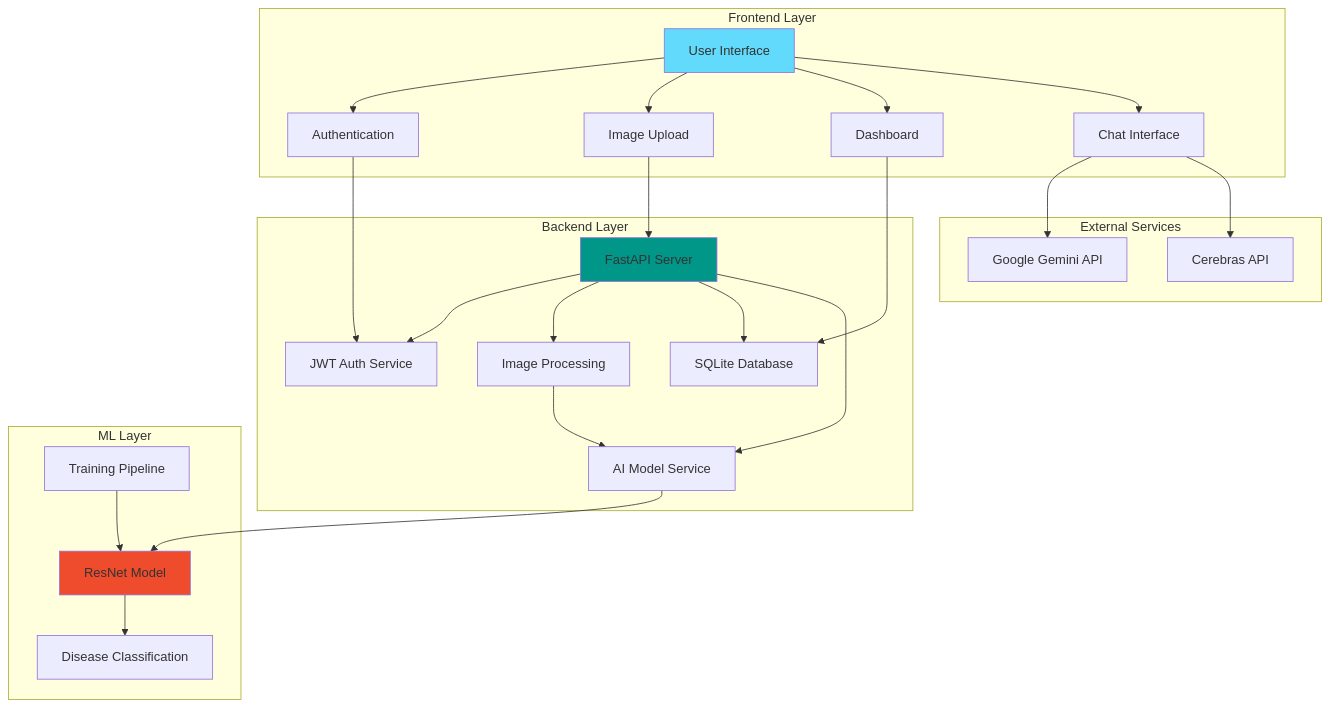
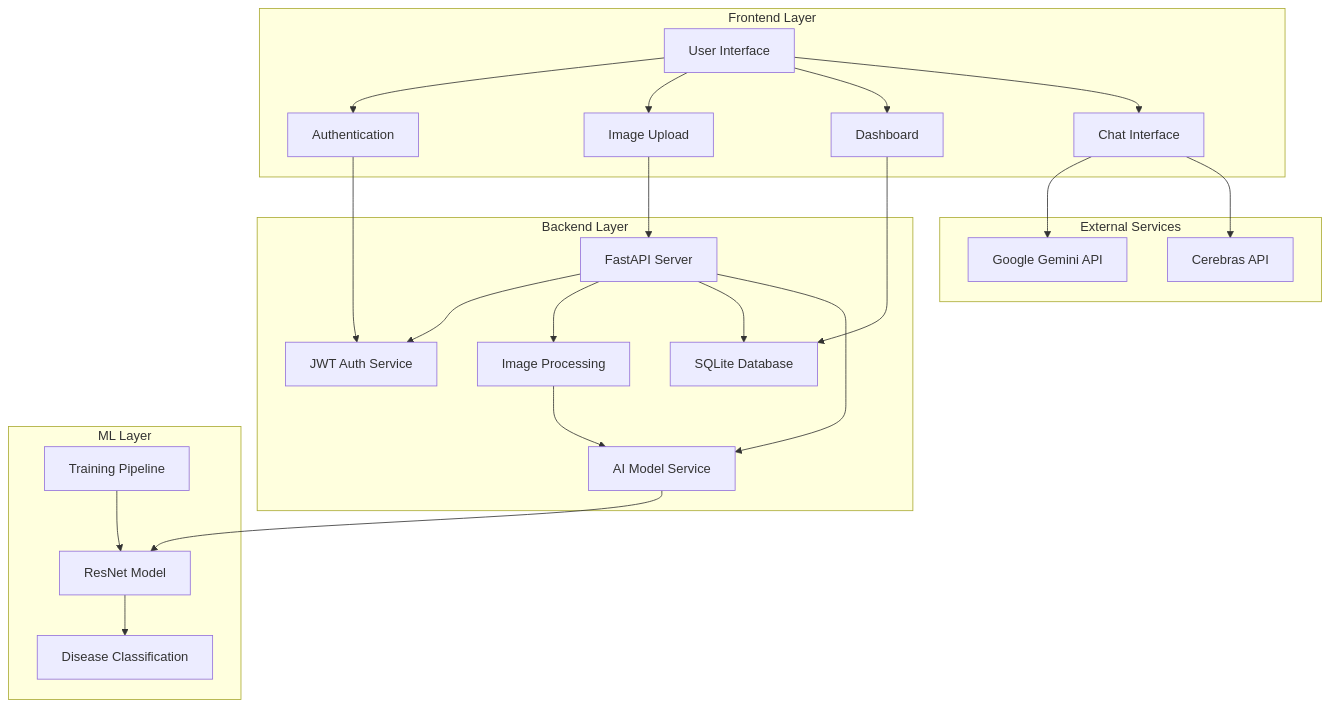
The first of 4 diagrams in README.md (chandu1234678/AgroSight), drawn with Mermaid before and after one commit. The commit also changed other lines of this file, not shown here.

Commit message:
Remove badges and diagram colors for cleaner professional look

````diff
--- a/README.md
+++ b/README.md
@@ -29,38 +26,34 @@
 ```mermaid
 graph TB
     subgraph "Frontend Layer"
         A[User Interface] --> B[Authentication]
         A --> C[Image Upload]
         A --> D[Dashboard]
         A --> E[Chat Interface]
     end
     
     subgraph "Backend Layer"
         F[FastAPI Server] --> G[JWT Auth Service]
         F --> H[Image Processing]
         F --> I[SQLite Database]
         F --> J[AI Model Service]
     end
     
     subgraph "ML Layer"
         K[ResNet Model] --> L[Disease Classification]
         M[Training Pipeline] --> K
     end
     
     subgraph "External Services"
         N[Google Gemini API]
         O[Cerebras API]
     end
     
     C --> F
     B --> G
     D --> I
     E --> N
     E --> O
     H --> J
     J --> K
-    
-    style A fill:#61dafb
-    style F fill:#009688
-    style K fill:#ee4c2c
 ```
````
